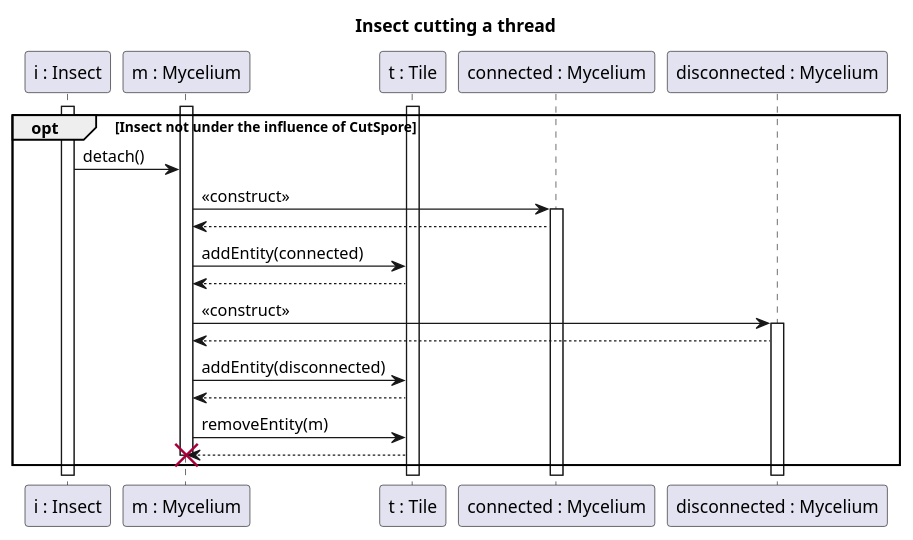
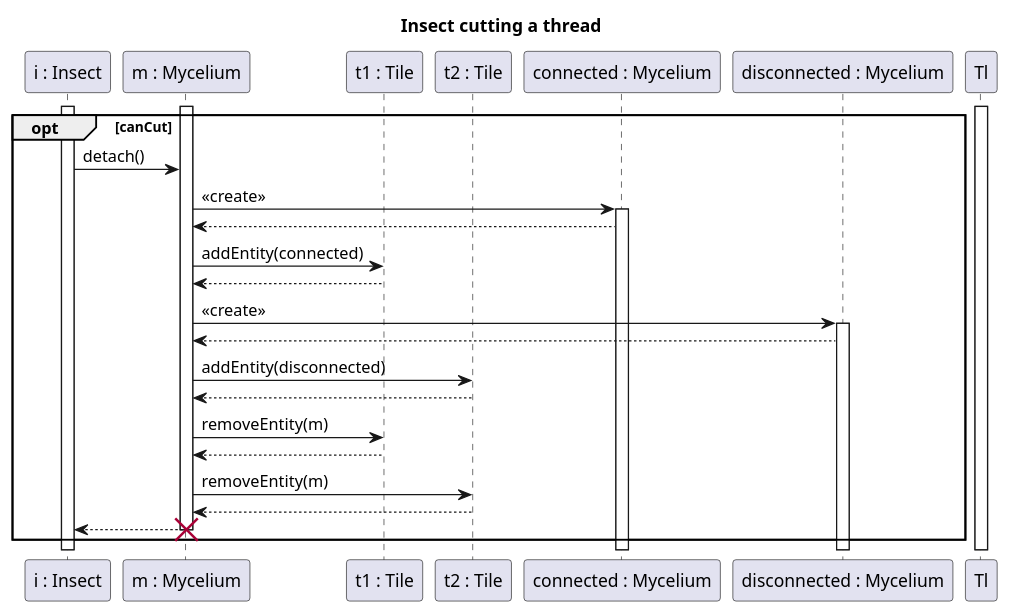
One commit to Harcipan/Projlab_nullpointerexception changed the diagram in diagrams/diagramFiles/SQ_InsectCutThread.puml. Above: the diagram before and after it, drawn with PlantUML. The commit also changed 10 other files, not shown here.

```diff
--- a/diagrams/diagramFiles/SQ_InsectCutThread.puml
+++ b/diagrams/diagramFiles/SQ_InsectCutThread.puml
@@ -1,42 +1,47 @@
 @startuml Insect thread cutting
 
 title Insect cutting a thread
 
 
 participant "i : Insect" as I
 participant "m : Mycelium" as T
-participant "t : Tile" as Tl
+participant "t1 : Tile" as Tl1
+participant "t2 : Tile" as Tl2
 participant "connected : Mycelium" as Mc
 participant "disconnected : Mycelium" as Md
 
 
 activate I
 activate T
 activate Tl
 
-opt Insect not under the influence of CutSpore
+opt canCut
 I -> T : detach()
-T->Mc : <<construct>>
+T->Mc : <<create>>
 
 activate Mc
 
 Mc-->T
-T->Tl : addEntity(connected)
-Tl --> T
-T->Md : <<construct>>
+T->Tl1 : addEntity(connected)
+Tl1 --> T
+T->Md : <<create>>
 
 activate Md
 
 Md-->T
-T->Tl : addEntity(disconnected)
-Tl-->T
+T->Tl2 : addEntity(disconnected)
+Tl2-->T
 
-T->Tl : removeEntity(m)
-Tl-->T
+T->Tl1 : removeEntity(m)
+Tl1-->T
 
+T->Tl2 : removeEntity(m)
+Tl2-->T
+
+T --> I
 destroy T
 
 end
 
 
 @enduml
```
